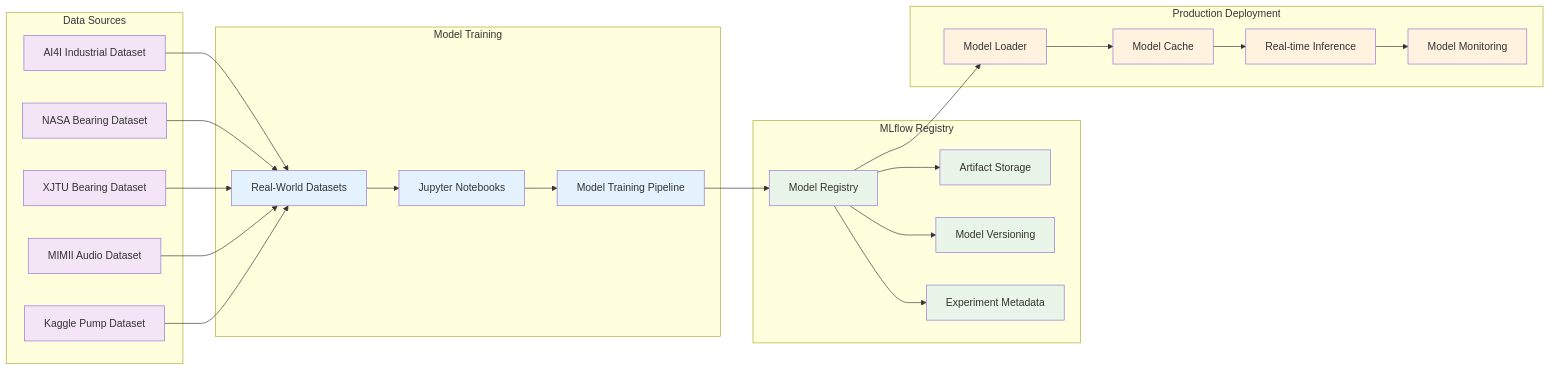
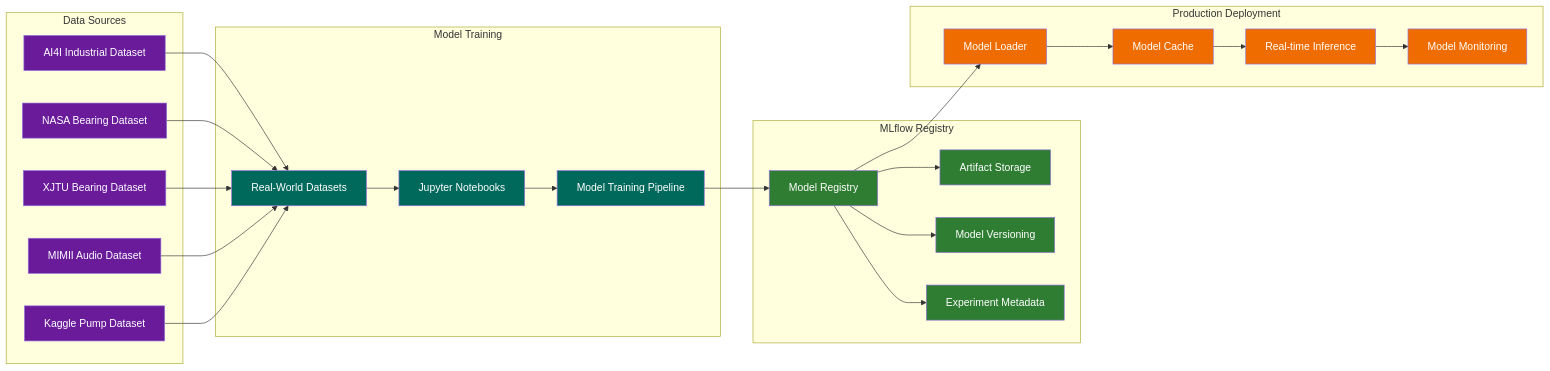
The third of 16 diagrams in smart-maintenance-saas/docs/SYSTEM_AND_ARCHITECTURE.md (YanCotta/enterprise_challenge_sprint_1_hermes_reply), drawn with Mermaid before and after one commit. The commit also changed other lines of this file, not shown here.

Commit message:
feat: update class definitions in architecture diagrams for improved clarity and consistency

````diff
--- a/smart-maintenance-saas/docs/SYSTEM_AND_ARCHITECTURE.md
+++ b/smart-maintenance-saas/docs/SYSTEM_AND_ARCHITECTURE.md
@@ -200,58 +200,58 @@
 ```mermaid
 flowchart LR
     subgraph "Model Training"
         NOTEBOOKS[Jupyter Notebooks]
         DATASETS[Real-World Datasets]
         TRAINING[Model Training Pipeline]
     end
 
     subgraph "MLflow Registry"
         REGISTRY[Model Registry]
         ARTIFACTS[Artifact Storage]
         VERSIONING[Model Versioning]
         METADATA[Experiment Metadata]
     end
 
     subgraph "Production Deployment"
         LOADER[Model Loader]
         CACHE[Model Cache]
         INFERENCE[Real-time Inference]
         MONITORING[Model Monitoring]
     end
 
     subgraph "Data Sources"
         AI4I[AI4I Industrial Dataset]
         NASA[NASA Bearing Dataset]
         XJTU[XJTU Bearing Dataset]
         MIMII[MIMII Audio Dataset]
         KAGGLE[Kaggle Pump Dataset]
     end
 
     AI4I --> DATASETS
     NASA --> DATASETS
     XJTU --> DATASETS
     MIMII --> DATASETS
     KAGGLE --> DATASETS
 
     DATASETS --> NOTEBOOKS
     NOTEBOOKS --> TRAINING
     TRAINING --> REGISTRY
     REGISTRY --> ARTIFACTS
     REGISTRY --> VERSIONING
     REGISTRY --> METADATA
 
     REGISTRY --> LOADER
     LOADER --> CACHE
     CACHE --> INFERENCE
     INFERENCE --> MONITORING
 
-    classDef training fill:#e3f2fd
-    classDef registry fill:#e8f5e8
-    classDef deployment fill:#fff3e0
-    classDef data fill:#f3e5f5
+    classDef training fill:#00695C,color:#ffffff
+    classDef registry fill:#2E7D32,color:#ffffff
+    classDef deployment fill:#EF6C00,color:#ffffff
+    classDef data fill:#6A1B9A,color:#ffffff
 
     class NOTEBOOKS,DATASETS,TRAINING training
     class REGISTRY,ARTIFACTS,VERSIONING,METADATA registry
     class LOADER,CACHE,INFERENCE,MONITORING deployment
     class AI4I,NASA,XJTU,MIMII,KAGGLE data
 ```
````
